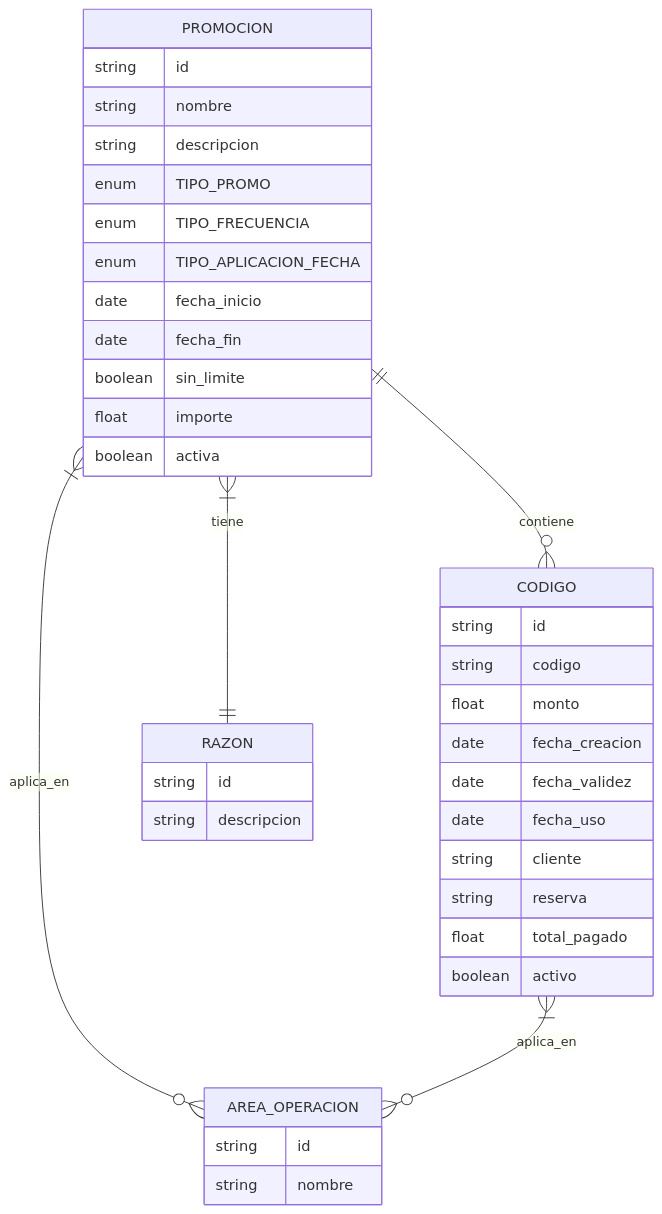
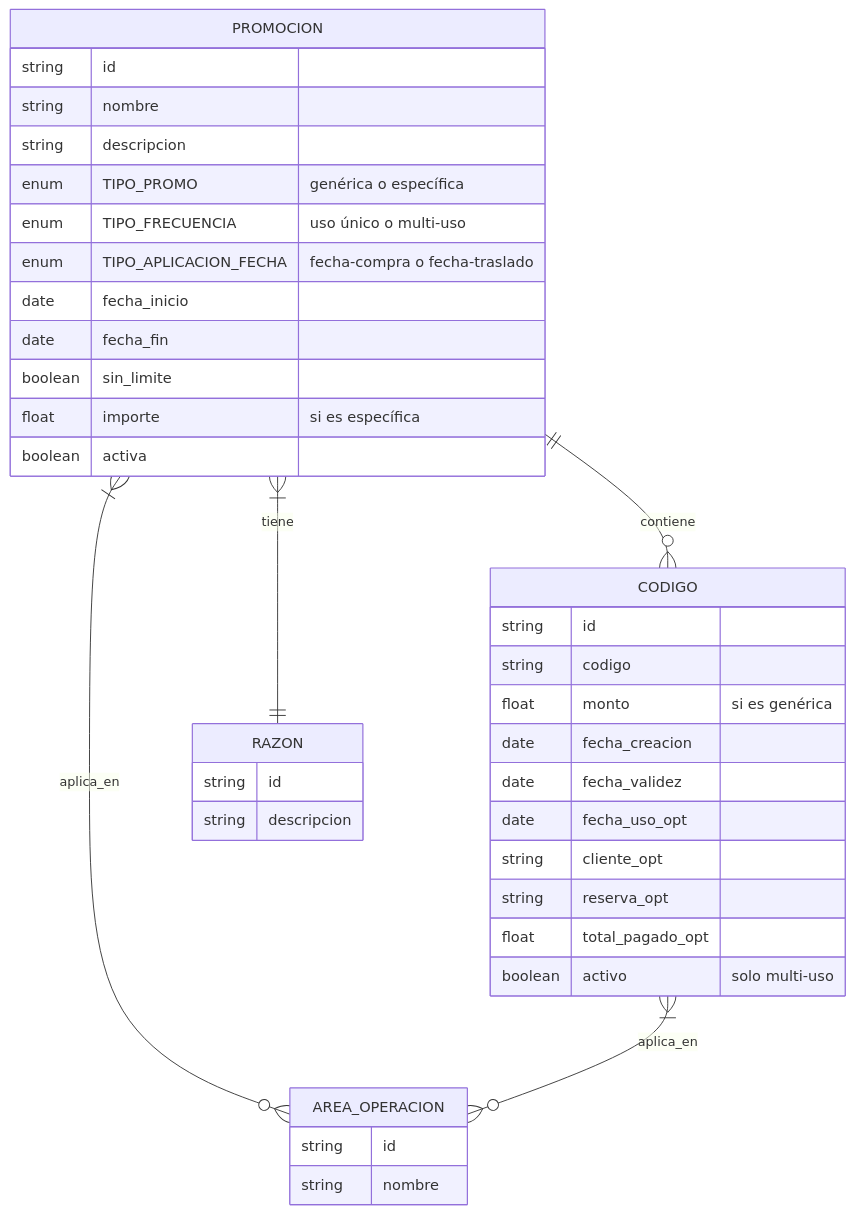
One commit to heberzip/erp-promociones changed the diagram in Promociones --- definicion.md. Above: the diagram before and after it, drawn with Mermaid.

Commit message:
Update Promociones --- definicion.md

````diff
--- a/Promociones --- definicion.md
+++ b/Promociones --- definicion.md
@@ -4,44 +4,44 @@
 ```mermaid
 erDiagram
   PROMOCION ||--o{ CODIGO : contiene
   PROMOCION }|--|| RAZON : tiene
   PROMOCION }|--o{ AREA_OPERACION : aplica_en
   CODIGO }|--o{ AREA_OPERACION : aplica_en
 
   PROMOCION {
     string id
     string nombre
     string descripcion
-    enum TIPO_PROMO 
-    enum TIPO_FRECUENCIA
-    enum TIPO_APLICACION_FECHA
+    enum TIPO_PROMO "genérica o específica"
+    enum TIPO_FRECUENCIA "uso único o multi-uso"
+    enum TIPO_APLICACION_FECHA "fecha-compra o fecha-traslado"
     date fecha_inicio
     date fecha_fin
     boolean sin_limite
-    float importe
+    float importe "si es específica"
     boolean activa
   }
 
   CODIGO {
     string id
     string codigo
-    float monto 
+    float monto "si es genérica"
     date fecha_creacion
     date fecha_validez
-    date fecha_uso
-    string cliente
-    string reserva
-    float total_pagado
-    boolean activo
+    date fecha_uso_opt
+    string cliente_opt
+    string reserva_opt
+    float total_pagado_opt
+    boolean activo "solo multi-uso"
   }
 
   RAZON {
     string id
     string descripcion
   }
 
   AREA_OPERACION {
     string id
     string nombre
   }
 ```
````
